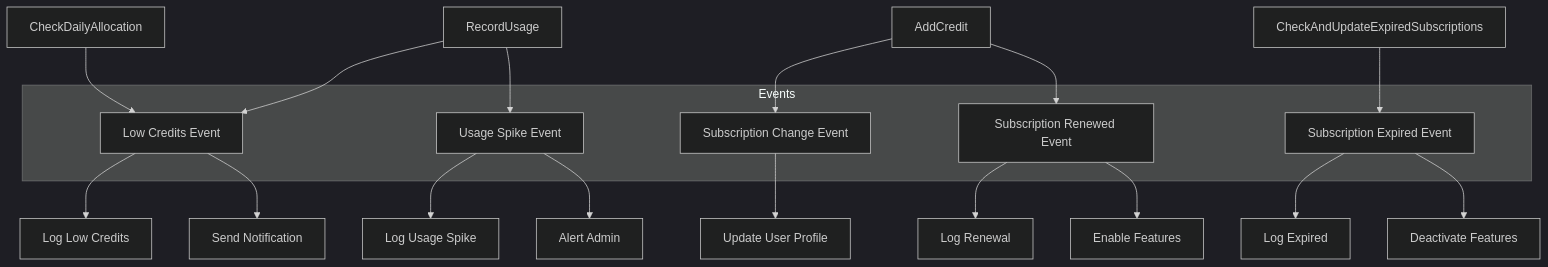
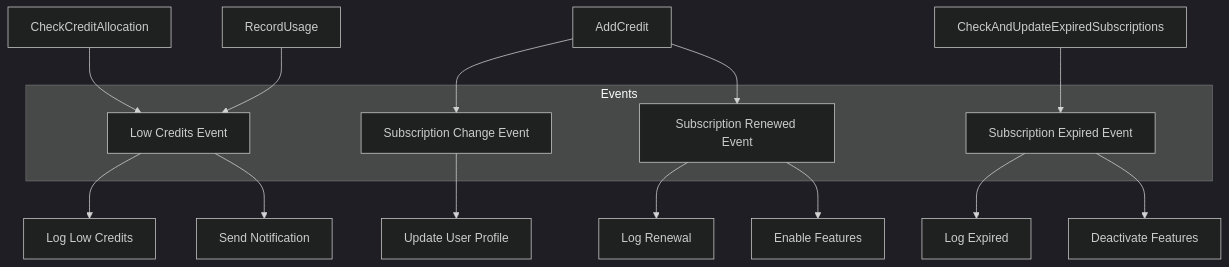
One commit to codebridger/subturtle-dashboard-app changed the fourth of 5 diagrams in server/src/modules/subscription/module_diagram.md. Above: the diagram before and after it, drawn with Mermaid (dark theme). The commit also changed other lines of this file and 1 other file, not shown here.

Commit message:
#86et62yj6 - refactor: update module diagram and readme to reflect changes in subscription service, including renaming methods, restructuring components, and enhancing credit allocation logic

````diff
--- a/server/src/modules/subscription/module_diagram.md
+++ b/server/src/modules/subscription/module_diagram.md
@@ -189,30 +203,26 @@
 ```mermaid
 flowchart TD
     %% Events
     subgraph Events
         A[Low Credits Event]
         B[Subscription Change Event]
-        C[Usage Spike Event]
         D[Subscription Expired Event]
         E[Subscription Renewed Event]
     end
     
     %% Triggers
-    CheckDailyAllocation --> A
+    CheckCreditAllocation --> A
     RecordUsage --> A
-    RecordUsage --> C
     AddCredit --> B
     AddCredit --> E
     CheckAndUpdateExpiredSubscriptions --> D
     
     %% Handlers
     A --> LogLowCredits[Log Low Credits]
     A --> SendNotification[Send Notification]
     B --> UpdateUserProfile[Update User Profile]
-    C --> LogUsageSpike[Log Usage Spike]
-    C --> AlertAdmin[Alert Admin]
     D --> LogExpired[Log Expired]
     D --> DeactivateFeatures[Deactivate Features]
     E --> LogRenewal[Log Renewal]
     E --> EnableFeatures[Enable Features]
-``` 
+```
````
